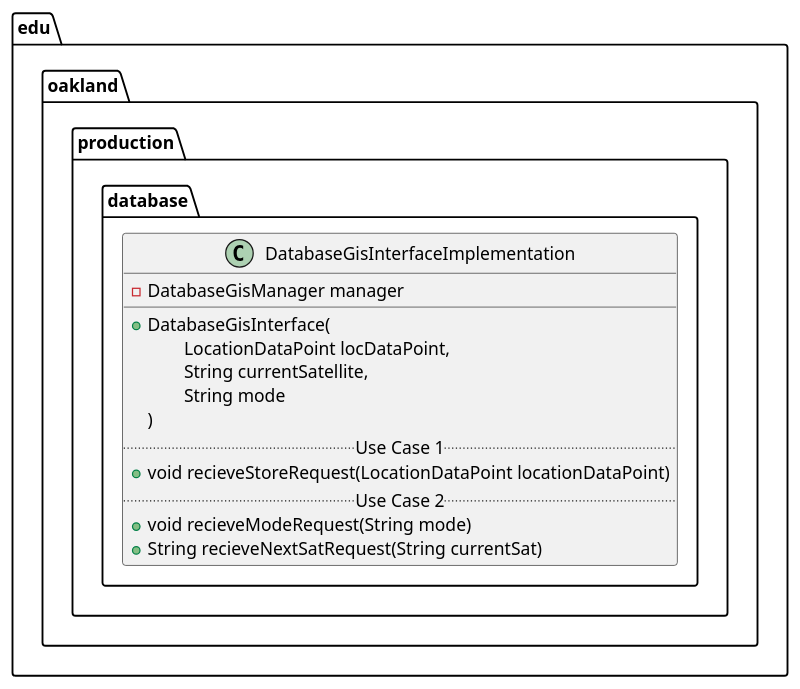
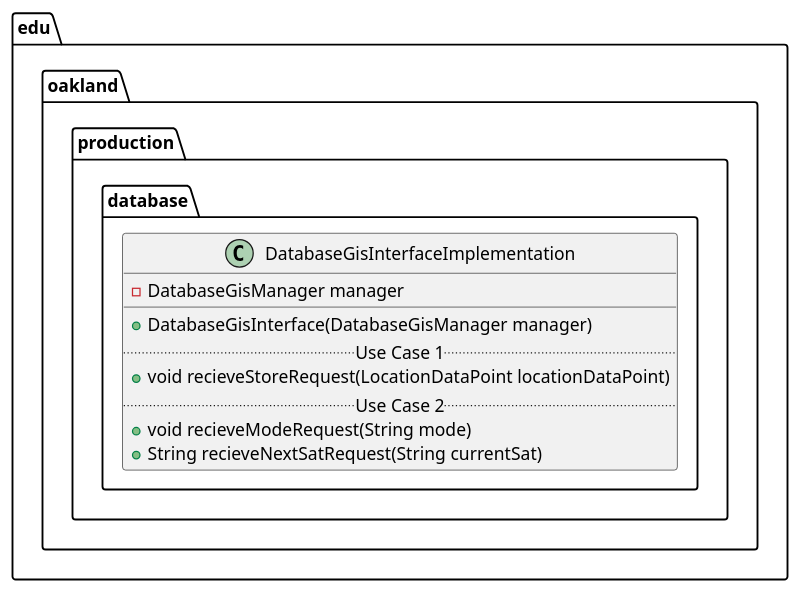
The diagram in docs/uml-class-diagrams/database/production/DatabaseGisInterfaceImplementation/DatabaseGisInterfaceImplementation.puml (andrewdimmer/csi-3370-software-project), drawn with PlantUML before and after one commit.

```diff
--- a/docs/uml-class-diagrams/database/production/DatabaseGisInterfaceImplementation/DatabaseGisInterfaceImplementation.puml
+++ b/docs/uml-class-diagrams/database/production/DatabaseGisInterfaceImplementation/DatabaseGisInterfaceImplementation.puml
@@ -1,20 +1,16 @@
 @startuml DatabaseGisInterfaceImplementation
 
 package edu.oakland.production.database {
     class DatabaseGisInterfaceImplementation {
         - DatabaseGisManager manager
         __
-        + DatabaseGisInterface( 
-        \tLocationDataPoint locDataPoint,  
-        \tString currentSatellite,
-        \tString mode
-        )
+        + DatabaseGisInterface(DatabaseGisManager manager)
         .. Use Case 1 ..
         + void recieveStoreRequest(LocationDataPoint locationDataPoint)
         .. Use Case 2 ..
         + void recieveModeRequest(String mode)
         + String recieveNextSatRequest(String currentSat)
     }
 }
 
 @enduml
```
